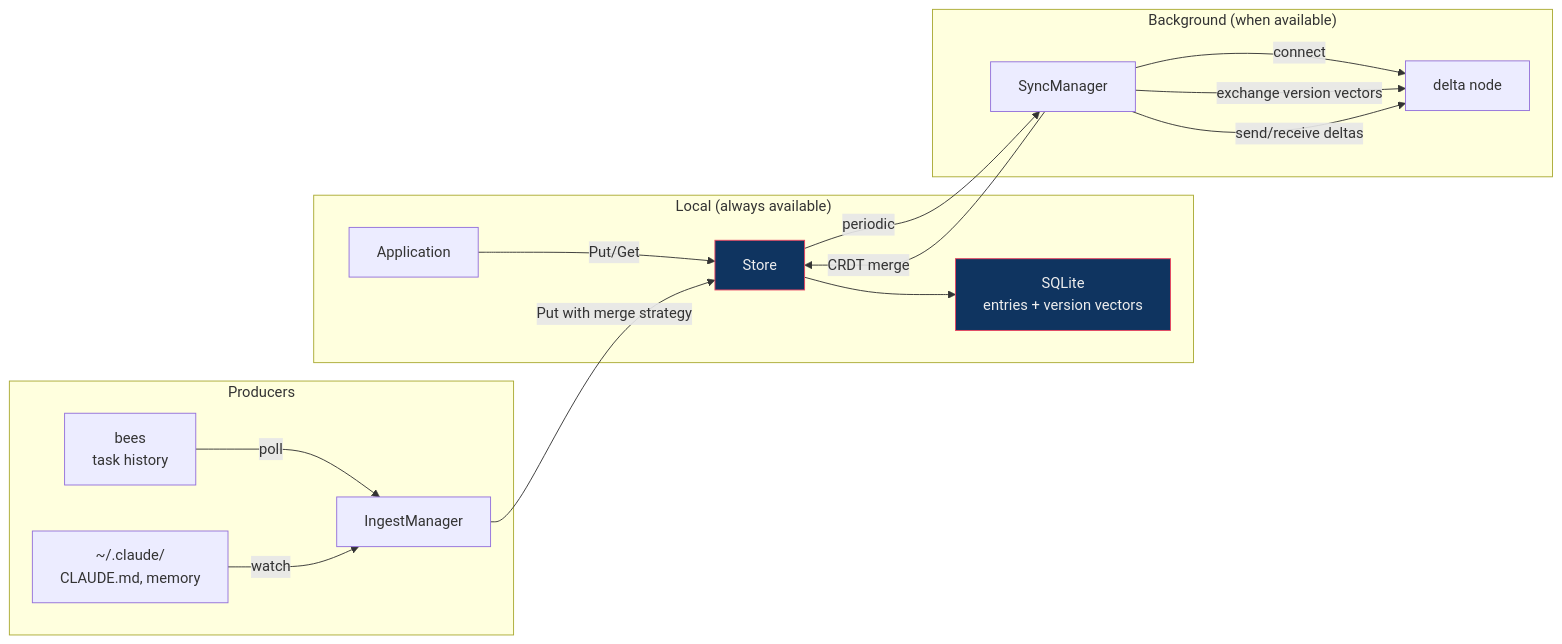
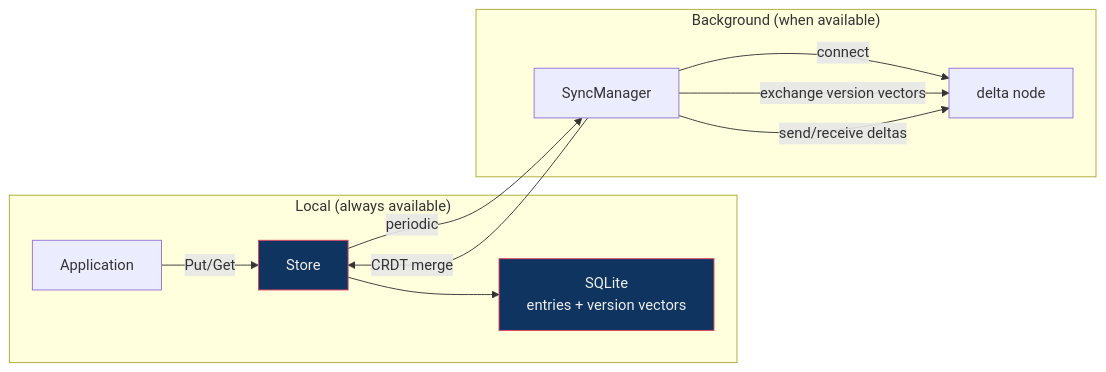
The first of 3 diagrams in README.md (w-h-a/edge), drawn with Mermaid before and after one commit. The commit also changed other lines of this file and 4 other files, not shown here.

````diff
--- a/README.md
+++ b/README.md
@@ -24,24 +24,18 @@
 ```mermaid
 graph LR
     subgraph "Local (always available)"
         APP[Application] -->|Put/Get| STORE[Store]
         STORE --> SQL[SQLite<br/>entries + version vectors]
     end
 
     subgraph "Background (when available)"
         STORE -->|periodic| SM[SyncManager]
         SM -->|connect| DELTA[delta node]
         SM -->|exchange version vectors| DELTA
         SM -->|send/receive deltas| DELTA
         SM -->|CRDT merge| STORE
     end
 
-    subgraph "Producers"
-        BEES[bees<br/>task history] -->|poll| IM[IngestManager]
-        FILES[~/.claude/<br/>CLAUDE.md, memory] -->|watch| IM
-        IM -->|Put with merge strategy| STORE
-    end
-
     style SQL fill:#0f3460,stroke:#e94560,color:#eee
     style STORE fill:#0f3460,stroke:#e94560,color:#eee
 ```
````
